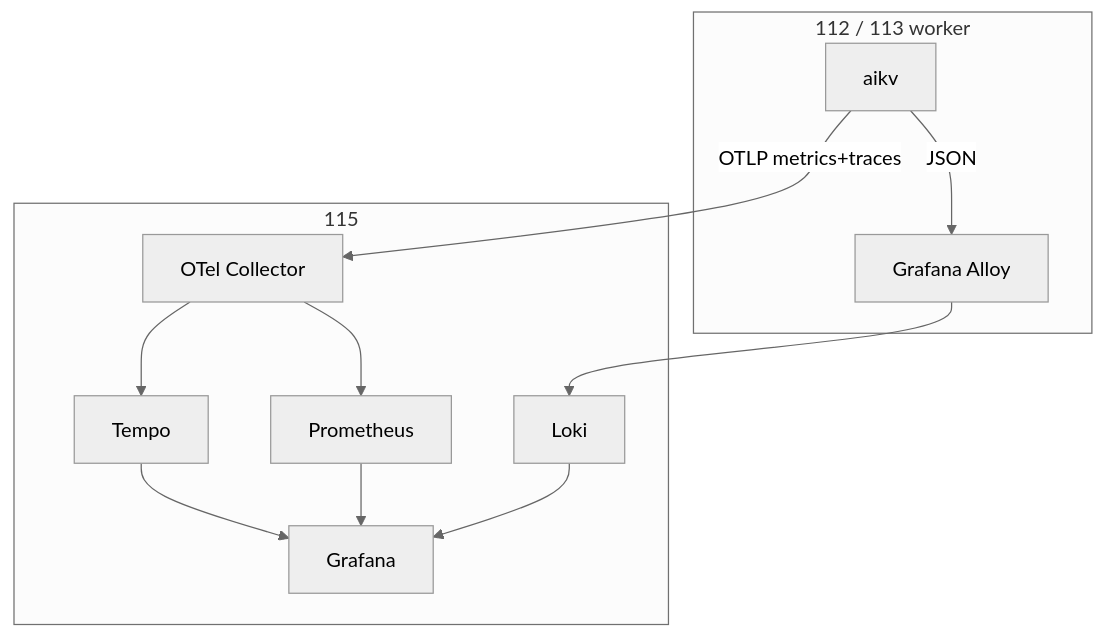
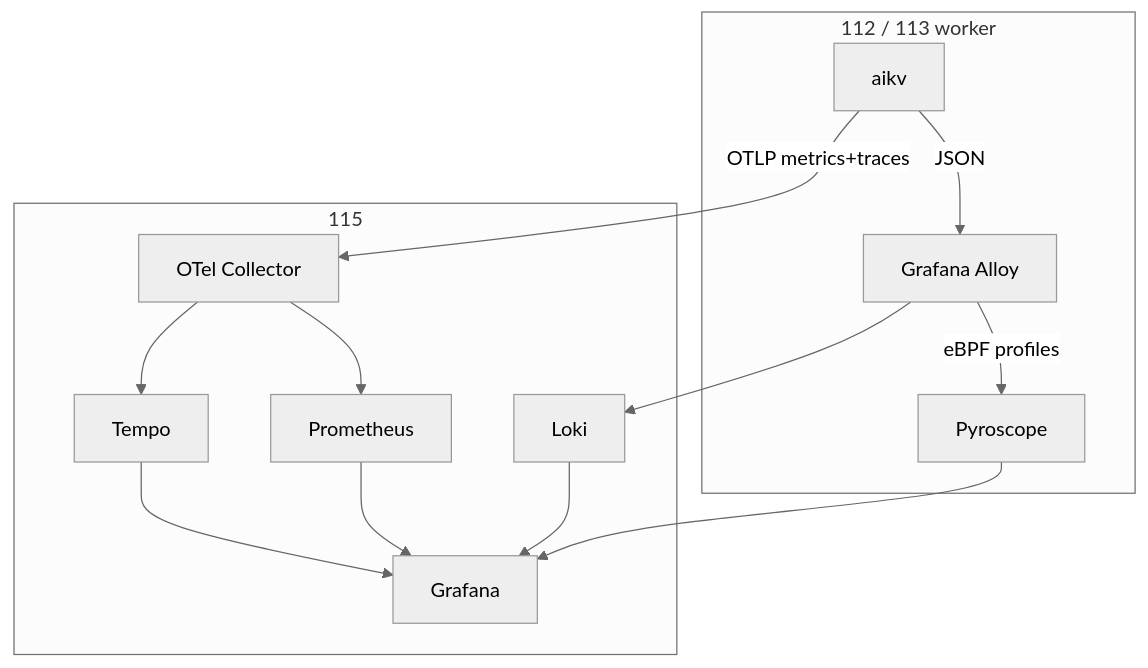
Before and after one commit to GO-Zheng/AiKv-Workflow: the second of 2 diagrams in backup/PLAN-dev.md, drawn with Mermaid (neutral theme). The commit also changed other lines of this file, not shown here.

````diff
--- a/backup/PLAN-dev.md
+++ b/backup/PLAN-dev.md
@@ -313,22 +313,25 @@
 ```mermaid
 flowchart TB
   subgraph W112["112 / 113 worker"]
     A["aikv"]
     AL["Grafana Alloy"]
     A -->|JSON| AL
+    AL -->|eBPF profiles| PY
   end
   subgraph M115["115"]
     OTEL["OTel Collector"]
     PROM["Prometheus"]
     GRAF["Grafana"]
     LOKI["Loki"]
     TEMPO["Tempo"]
+    PY["Pyroscope"]
     OTEL --> PROM
     OTEL --> TEMPO
     PROM --> GRAF
     LOKI --> GRAF
     TEMPO --> GRAF
+    PY --> GRAF
   end
   A -->|OTLP metrics+traces| OTEL
   AL --> LOKI
 ```
````
